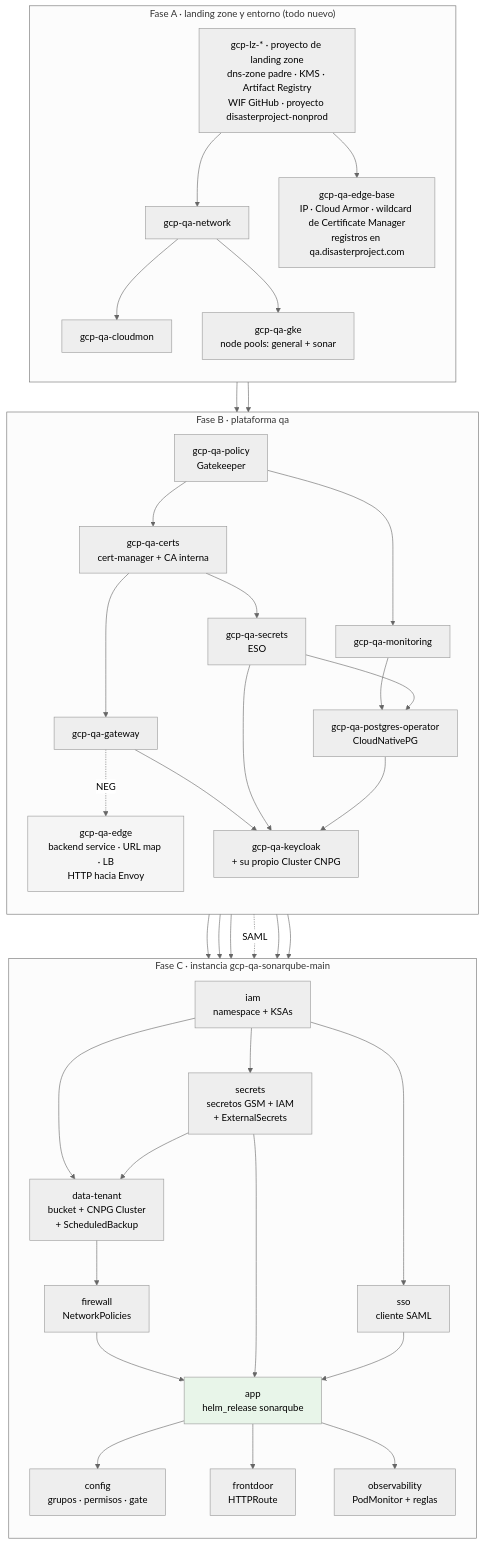
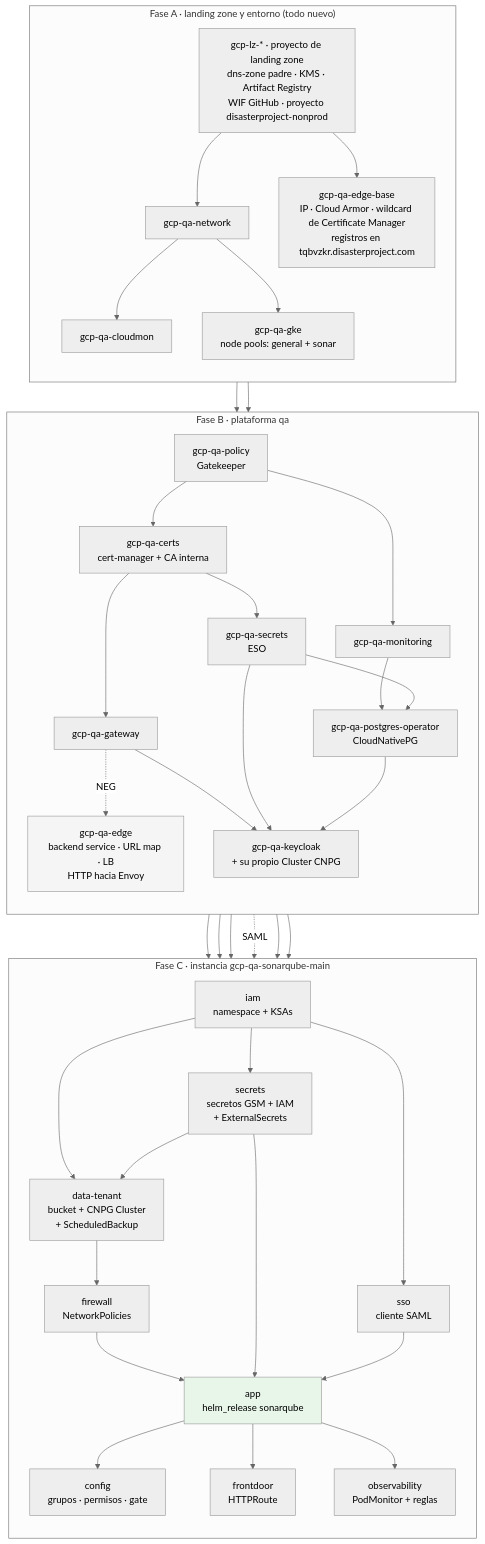
One commit to aescanero/proposal_documents changed the diagram in docs/es/proposals/sonarqube-qa/diagrams/03-orden-despliegue.mmd. Above: the diagram before and after it, drawn with Mermaid (neutral theme). The commit also changed 142 other files, not shown here.

```diff
--- a/docs/es/proposals/sonarqube-qa/diagrams/03-orden-despliegue.mmd
+++ b/docs/es/proposals/sonarqube-qa/diagrams/03-orden-despliegue.mmd
@@ -1,49 +1,49 @@
 flowchart TD
     subgraph Z["Fase A · landing zone y entorno (todo nuevo)"]
         direction TB
         LZ["gcp-lz-* · proyecto de landing zone<br/>dns-zone padre · KMS · Artifact Registry<br/>WIF GitHub · proyecto disasterproject-nonprod"] --> N["gcp-qa-network"]
         N --> CM["gcp-qa-cloudmon"]
         N --> C["gcp-qa-gke<br/>node pools: general + sonar"]
-        LZ --> EB["gcp-qa-edge-base<br/>IP · Cloud Armor · wildcard de Certificate Manager<br/>registros en qa.disasterproject.com"]
+        LZ --> EB["gcp-qa-edge-base<br/>IP · Cloud Armor · wildcard de Certificate Manager<br/>registros en tqbvzkr.disasterproject.com"]
     end
 
     subgraph P["Fase B · plataforma qa"]
         direction TB
         C --> PO["gcp-qa-policy<br/>Gatekeeper"]
         PO --> CE["gcp-qa-certs<br/>cert-manager + CA interna"]
         PO --> M["gcp-qa-monitoring"]
         CE --> S1["gcp-qa-secrets<br/>ESO"]
         CE --> GW["gcp-qa-gateway"]
         GW -. "NEG" .-> ED["gcp-qa-edge<br/>backend service · URL map · LB<br/>HTTP hacia Envoy"]
         EB --> ED
         S1 --> DB["gcp-qa-postgres-operator<br/>CloudNativePG"]
         M --> DB
         DB --> KC["gcp-qa-keycloak<br/>+ su propio Cluster CNPG"]
         S1 --> KC
         GW --> KC
     end
 
     subgraph I["Fase C · instancia gcp-qa-sonarqube-main"]
         direction TB
         IAM["iam<br/>namespace + KSAs"] --> SEC["secrets<br/>secretos GSM + IAM<br/>+ ExternalSecrets"]
         IAM --> DATA["data-tenant<br/>bucket + CNPG Cluster<br/>+ ScheduledBackup"]
         SEC --> DATA
         DATA --> FW["firewall<br/>NetworkPolicies"]
         FW --> APP["app<br/>helm_release sonarqube"]
         SEC --> APP
         IAM --> SSO["sso<br/>cliente SAML"]
         SSO --> APP
         APP --> CFG["config<br/>grupos · permisos · gate"]
         APP --> FD["frontdoor<br/>HTTPRoute"]
         APP --> OBS["observability<br/>PodMonitor + reglas"]
     end
 
     S1 --> SEC
     DB --> DATA
     KC --> SSO
     KC -. "SAML" .-> APP
     GW --> FD
     M --> OBS
 
     style ED fill:#f5f5f5
     style APP fill:#e8f5e9
```
